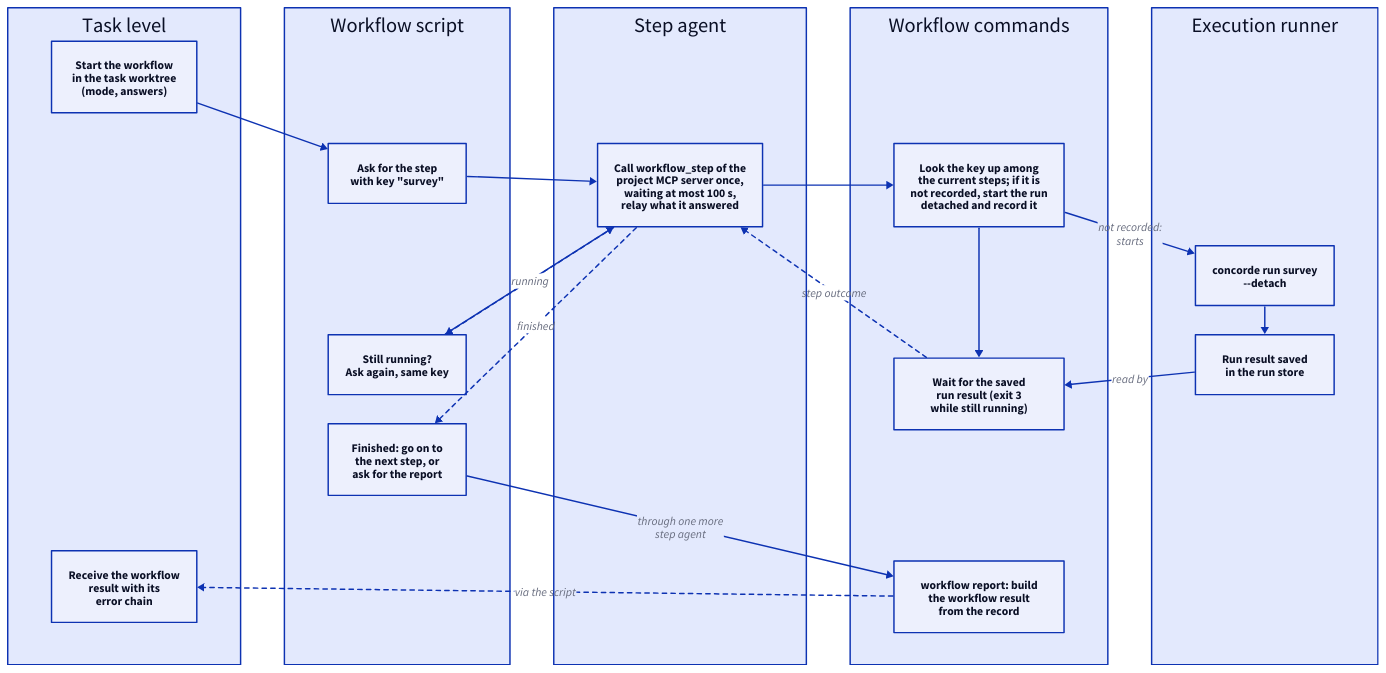
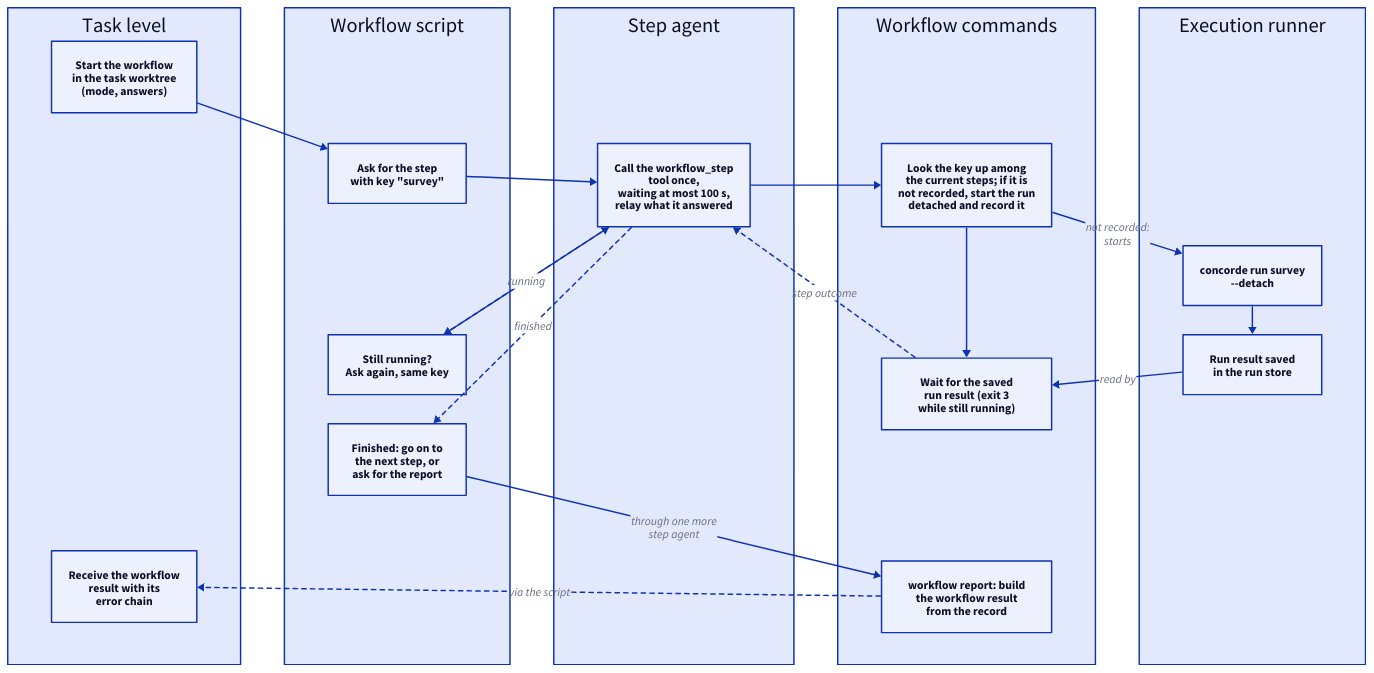
The third of 4 diagrams in specs/concorde/workflows/module.md (FTOD/concorde), drawn with D2 before and after one commit. The commit also changed other lines of this file and 109 other files, not shown here.

````diff
--- a/specs/concorde/workflows/module.md
+++ b/specs/concorde/workflows/module.md
@@ -242,67 +260,67 @@
 ```d2 illustrative
 grid-columns: 5
 horizontal-gap: 60
 task: "Task level" {
   grid-columns: 1
   vertical-gap: 40
   start: "Start the workflow\nin the task worktree\n(mode, answers)"
   g1: "" {style.opacity: 0}
   g2: "" {style.opacity: 0}
   g3: "" {style.opacity: 0}
   g4: "" {style.opacity: 0}
   receive: "Receive the workflow\nresult with its\nerror chain"
 }
 script: "Workflow script" {
   grid-columns: 1
   vertical-gap: 40
   g0: "" {style.opacity: 0}
   request: "Ask for the step\nwith key \"survey\""
   g1: "" {style.opacity: 0}
   again: "Still running?\nAsk again, same key"
   next: "Finished: go on to\nthe next step, or\nask for the report"
   g2: "" {style.opacity: 0}
 }
 agent: "Step agent" {
   grid-columns: 1
   vertical-gap: 40
   g0: "" {style.opacity: 0}
-  relay: "Call workflow_step of the\nproject MCP server once,\nwaiting at most 100 s,\nrelay what it answered"
+  relay: "Call the workflow_step\ntool once,\nwaiting at most 100 s,\nrelay what it answered"
   g1: "" {style.opacity: 0}
   g2: "" {style.opacity: 0}
   g3: "" {style.opacity: 0}
   g4: "" {style.opacity: 0}
 }
 commands: "Workflow commands" {
   grid-columns: 1
   vertical-gap: 40
   g0: "" {style.opacity: 0}
   lookup: "Look the key up among\nthe current steps; if it is\nnot recorded, start the run\ndetached and record it"
   g1: "" {style.opacity: 0}
   wait: "Wait for the saved\nrun result (exit 3\nwhile still running)"
   g2: "" {style.opacity: 0}
   report: "workflow report: build\nthe workflow result\nfrom the record"
 }
 runner: "Execution runner" {
   grid-columns: 1
   vertical-gap: 40
   g0: "" {style.opacity: 0}
   g1: "" {style.opacity: 0}
   run: "concorde run survey\n--detach"
   saved: "Run result saved\nin the run store"
   g2: "" {style.opacity: 0}
   g3: "" {style.opacity: 0}
 }
 task.start -> script.request
 script.request -> agent.relay
 agent.relay -> commands.lookup
 commands.lookup -> commands.wait
 commands.lookup -> runner.run: "not recorded:\nstarts"
 runner.run -> runner.saved
 runner.saved -> commands.wait: "read by"
 commands.wait -> agent.relay: "step outcome" {style.stroke-dash: 3}
 agent.relay -> script.again: "running" {style.stroke-dash: 3}
 agent.relay -> script.next: "finished" {style.stroke-dash: 3}
 script.again -> agent.relay
 script.next -> commands.report: "through one more\nstep agent"
 commands.report -> task.receive: "via the script" {style.stroke-dash: 3}
 ```
````
